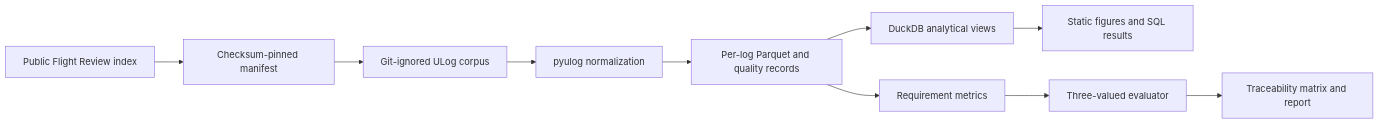
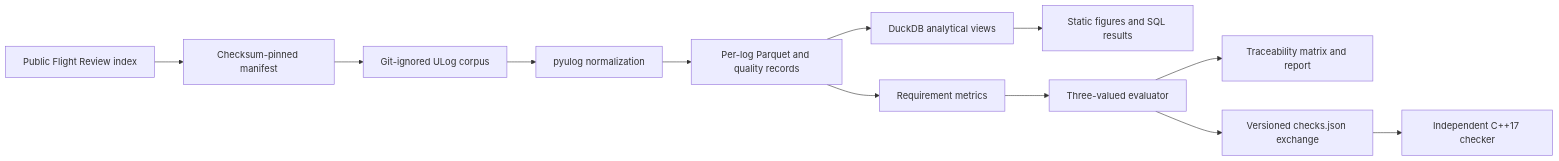
One commit to Sevens-Dev/px4-reqcheck changed the diagram in README.md. Above: the diagram before and after it, drawn with Mermaid. The commit also changed other lines of this file and 6 other files, not shown here.

````diff
--- a/README.md
+++ b/README.md
@@ -18,12 +18,14 @@
 ```mermaid
 flowchart LR
     I[Public Flight Review index] --> M[Checksum-pinned manifest]
     M --> U[Git-ignored ULog corpus]
     U --> P[pyulog normalization]
     P --> Q[Per-log Parquet and quality records]
     Q --> D[DuckDB analytical views]
     Q --> R[Requirement metrics]
     D --> F[Static figures and SQL results]
     R --> E[Three-valued evaluator]
     E --> T[Traceability matrix and report]
+    E --> X[Versioned checks.json exchange]
+    X --> C[Independent C++17 checker]
 ```
````
